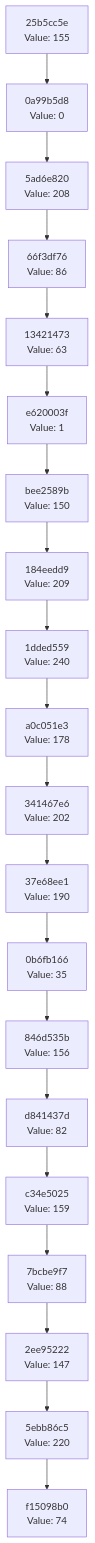
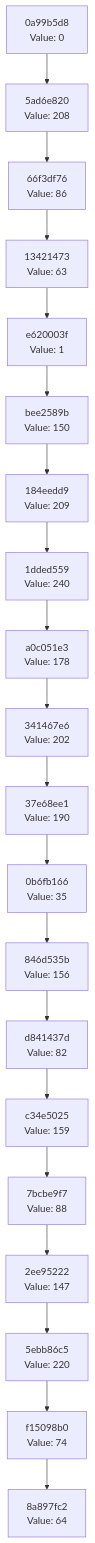
The diagram in docs/CHAIN_VISUALIZATION.md (Abhisheksinha1506/hash-chain-evolver), drawn with Mermaid before and after one commit. The commit also changed 2 other files, not shown here.

Commit message:
Evolution step: hash 0x40 → action executed

````diff
--- a/docs/CHAIN_VISUALIZATION.md
+++ b/docs/CHAIN_VISUALIZATION.md
@@ -3,42 +3,42 @@
 ```mermaid
 graph TD
-    C0["f15098b0<br/>Value: 74"]
-    C1["5ebb86c5<br/>Value: 220"]
+    C0["8a897fc2<br/>Value: 64"]
+    C1["f15098b0<br/>Value: 74"]
     C1 --> C0
-    C2["2ee95222<br/>Value: 147"]
+    C2["5ebb86c5<br/>Value: 220"]
     C2 --> C1
-    C3["7bcbe9f7<br/>Value: 88"]
+    C3["2ee95222<br/>Value: 147"]
     C3 --> C2
-    C4["c34e5025<br/>Value: 159"]
+    C4["7bcbe9f7<br/>Value: 88"]
     C4 --> C3
-    C5["d841437d<br/>Value: 82"]
+    C5["c34e5025<br/>Value: 159"]
     C5 --> C4
-    C6["846d535b<br/>Value: 156"]
+    C6["d841437d<br/>Value: 82"]
     C6 --> C5
-    C7["0b6fb166<br/>Value: 35"]
+    C7["846d535b<br/>Value: 156"]
     C7 --> C6
-    C8["37e68ee1<br/>Value: 190"]
+    C8["0b6fb166<br/>Value: 35"]
     C8 --> C7
-    C9["341467e6<br/>Value: 202"]
+    C9["37e68ee1<br/>Value: 190"]
     C9 --> C8
-    C10["a0c051e3<br/>Value: 178"]
+    C10["341467e6<br/>Value: 202"]
     C10 --> C9
-    C11["1dded559<br/>Value: 240"]
+    C11["a0c051e3<br/>Value: 178"]
     C11 --> C10
-    C12["184eedd9<br/>Value: 209"]
+    C12["1dded559<br/>Value: 240"]
     C12 --> C11
-    C13["bee2589b<br/>Value: 150"]
+    C13["184eedd9<br/>Value: 209"]
     C13 --> C12
-    C14["e620003f<br/>Value: 1"]
+    C14["bee2589b<br/>Value: 150"]
     C14 --> C13
-    C15["13421473<br/>Value: 63"]
+    C15["e620003f<br/>Value: 1"]
     C15 --> C14
-    C16["66f3df76<br/>Value: 86"]
+    C16["13421473<br/>Value: 63"]
     C16 --> C15
-    C17["5ad6e820<br/>Value: 208"]
+    C17["66f3df76<br/>Value: 86"]
     C17 --> C16
-    C18["0a99b5d8<br/>Value: 0"]
+    C18["5ad6e820<br/>Value: 208"]
     C18 --> C17
-    C19["25b5cc5e<br/>Value: 155"]
+    C19["0a99b5d8<br/>Value: 0"]
     C19 --> C18
 ```
````
